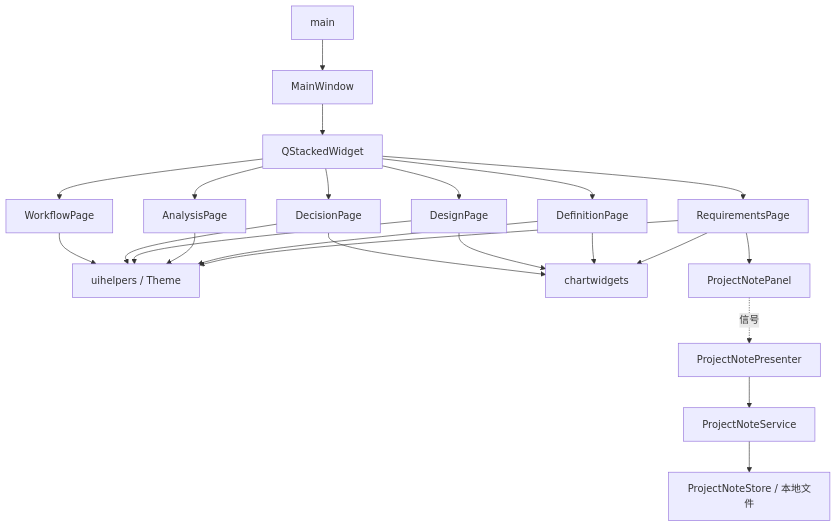
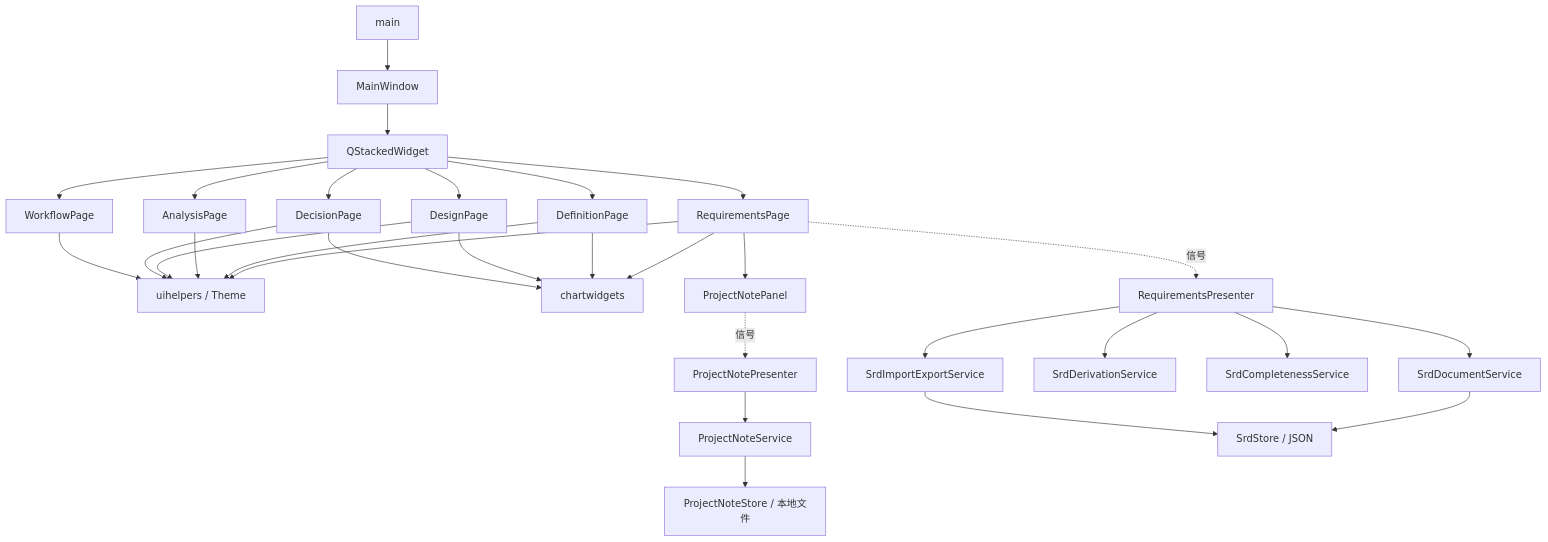
The diagram in docs/architecture.md (sunshijun205/AMDO), drawn with Mermaid before and after one commit. The commit also changed other lines of this file and 29 other files, not shown here.

````diff
--- a/docs/architecture.md
+++ b/docs/architecture.md
@@ -10,17 +12,24 @@
 ```mermaid
 graph TD
   main --> MW[MainWindow]
   MW --> Stack[QStackedWidget]
   Stack --> R[RequirementsPage]
   Stack --> D[DefinitionPage]
   Stack --> A[AnalysisPage]
   Stack --> O[DesignPage]
   Stack --> C[DecisionPage]
   Stack --> W[WorkflowPage]
   R & D & A & O & C & W --> H[uihelpers / Theme]
   R & D & O & C --> Ch[chartwidgets]
   R --> Panel[ProjectNotePanel]
   Panel -.->|信号| P[ProjectNotePresenter]
   P --> S[ProjectNoteService]
   S --> Store[ProjectNoteStore / 本地文件]
+  R -.->|信号| RP[RequirementsPresenter]
+  RP --> SrdDoc[SrdDocumentService]
+  RP --> SrdDer[SrdDerivationService]
+  RP --> SrdCmp[SrdCompletenessService]
+  RP --> SrdIo[SrdImportExportService]
+  SrdDoc --> SrdStore[SrdStore / JSON]
+  SrdIo --> SrdStore
 ```
````
